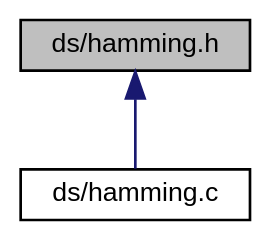
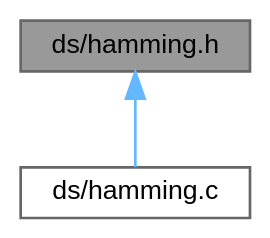
One commit to ebs-universe/piolib-ds changed the diagram in hamming_8h__dep__incl.dot. Above: the diagram before and after it, drawn with Graphviz. The commit also changed 536 other files, not shown here.

```diff
--- a/hamming_8h__dep__incl.dot
+++ b/hamming_8h__dep__incl.dot
@@ -1,11 +1,11 @@
 digraph "ds/hamming.h"
 {
  // INTERACTIVE_SVG=YES
  // LATEX_PDF_SIZE
   bgcolor="transparent";
-  edge [fontname="Helvetica",fontsize="10",labelfontname="Helvetica",labelfontsize="10"];
-  node [fontname="Helvetica",fontsize="10",shape=record];
-  Node1 [label="ds/hamming.h",height=0.2,width=0.4,color="black", fillcolor="grey75", style="filled", fontcolor="black",tooltip="Interface and usage of the hamming library."];
-  Node1 -> Node2 [dir="back",color="midnightblue",fontsize="10",style="solid",fontname="Helvetica"];
-  Node2 [label="ds/hamming.c",height=0.2,width=0.4,color="black",URL="$hamming_8c.html",tooltip="Implementation of the hamming library."];
+  edge [fontname=Helvetica,fontsize=10,labelfontname=Helvetica,labelfontsize=10];
+  node [fontname=Helvetica,fontsize=10,shape=box,height=0.2,width=0.4];
+  Node1 [id="Node000001",label="ds/hamming.h",height=0.2,width=0.4,color="gray40", fillcolor="grey60", style="filled", fontcolor="black",tooltip="Interface and usage of the hamming library."];
+  Node1 -> Node2 [id="edge1_Node000001_Node000002",dir="back",color="steelblue1",style="solid",tooltip=" "];
+  Node2 [id="Node000002",label="ds/hamming.c",height=0.2,width=0.4,color="grey40", fillcolor="white", style="filled",URL="$hamming_8c.html",tooltip="Implementation of the hamming library."];
 }
```
